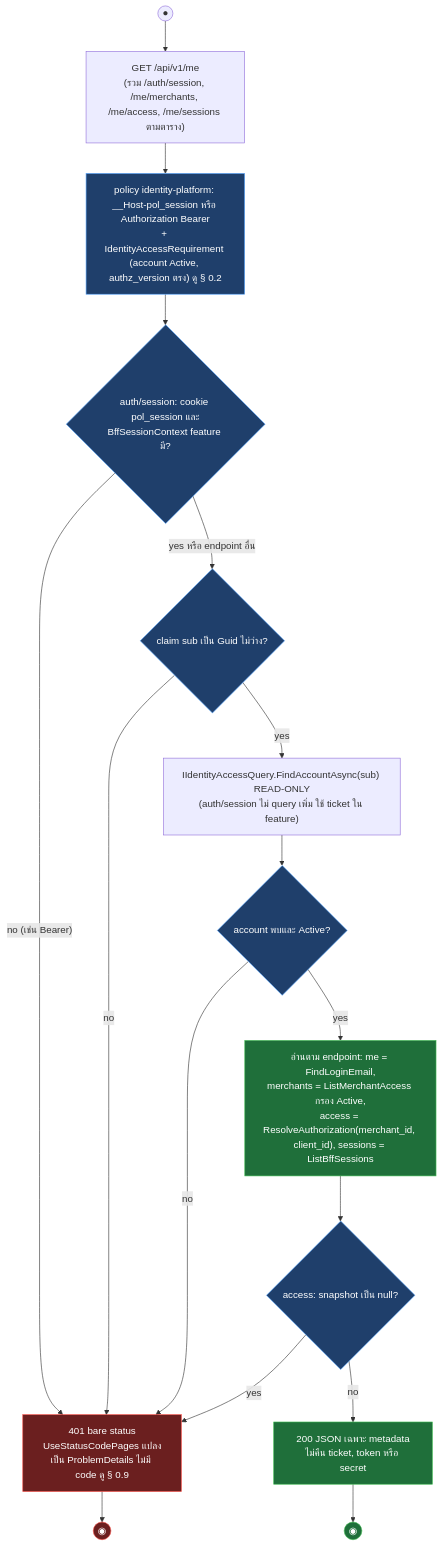
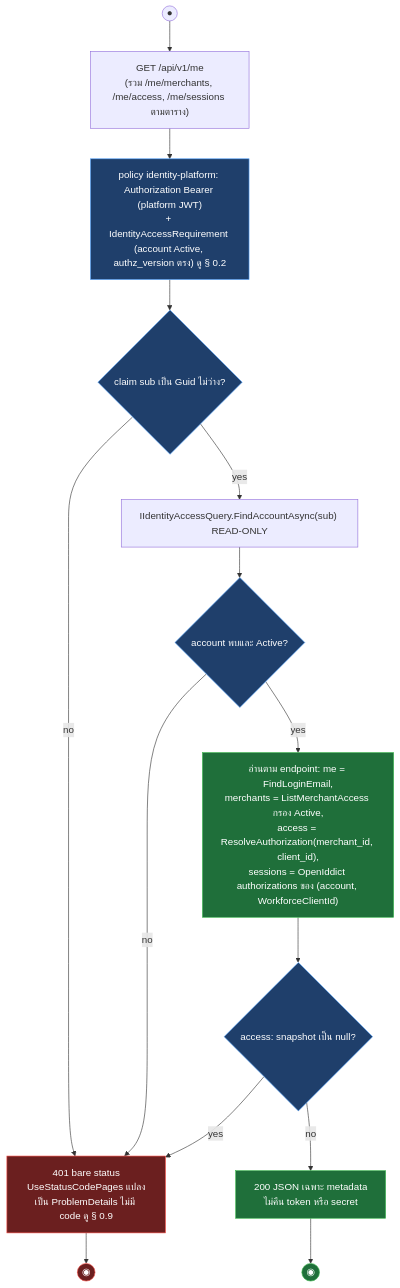
The fifth of 8 diagrams in outputs/diagrams/2026-09-14_api-endpoints_v1/01-identity-bff-oauth.activities.md (metrodiesign/pol-core), drawn with Mermaid before and after one commit. The commit also changed other lines of this file and 42 other files, not shown here.

First line of the commit message:
docs: align reference docs and the API diagram set with the Bearer-only admin plane

````diff
--- a/outputs/diagrams/2026-09-14_api-endpoints_v1/01-identity-bff-oauth.activities.md
+++ b/outputs/diagrams/2026-09-14_api-endpoints_v1/01-identity-bff-oauth.activities.md
@@ -195,25 +193,23 @@
 ```mermaid
 flowchart TD
-    START((●)) --> REQ["GET /api/v1/me<br/>(รวม /auth/session, /me/merchants, /me/access, /me/sessions ตามตาราง)"]
-    REQ --> AUTHZ["policy identity-platform: __Host-pol_session หรือ Authorization Bearer<br/>+ IdentityAccessRequirement (account Active, authz_version ตรง) ดู § 0.2"]
-    AUTHZ --> SESSION{"auth/session: cookie pol_session และ<br/>BffSessionContext feature มี?"}
-    SESSION -->|"no (เช่น Bearer)"| R401["401 bare status<br/>UseStatusCodePages แปลงเป็น ProblemDetails ไม่มี code ดู § 0.9"]
-    SESSION -->|"yes หรือ endpoint อื่น"| SUB{"claim sub เป็น Guid ไม่ว่าง?"}
-    SUB -->|no| R401
-    SUB -->|yes| ACC["IIdentityAccessQuery.FindAccountAsync(sub) READ-ONLY<br/>(auth/session ไม่ query เพิ่ม ใช้ ticket ใน feature)"]
+    START((●)) --> REQ["GET /api/v1/me<br/>(รวม /me/merchants, /me/access, /me/sessions ตามตาราง)"]
+    REQ --> AUTHZ["policy identity-platform: Authorization Bearer (platform JWT)<br/>+ IdentityAccessRequirement (account Active, authz_version ตรง) ดู § 0.2"]
+    AUTHZ --> SUB{"claim sub เป็น Guid ไม่ว่าง?"}
+    SUB -->|no| R401["401 bare status<br/>UseStatusCodePages แปลงเป็น ProblemDetails ไม่มี code ดู § 0.9"]
+    SUB -->|yes| ACC["IIdentityAccessQuery.FindAccountAsync(sub) READ-ONLY"]
     ACC --> ACTIVE{"account พบและ Active?"}
     ACTIVE -->|no| R401
-    ACTIVE -->|yes| READ["อ่านตาม endpoint: me = FindLoginEmail,<br/>merchants = ListMerchantAccess กรอง Active,<br/>access = ResolveAuthorization(merchant_id, client_id), sessions = ListBffSessions"]
+    ACTIVE -->|yes| READ["อ่านตาม endpoint: me = FindLoginEmail,<br/>merchants = ListMerchantAccess กรอง Active,<br/>access = ResolveAuthorization(merchant_id, client_id),<br/>sessions = OpenIddict authorizations ของ (account, WorkforceClientId)"]
     READ --> SNAP{"access: snapshot เป็น null?"}
     SNAP -->|yes| R401
-    SNAP -->|no| R200["200 JSON เฉพาะ metadata<br/>ไม่คืน ticket, token หรือ secret"]
+    SNAP -->|no| R200["200 JSON เฉพาะ metadata<br/>ไม่คืน token หรือ secret"]
     R200 --> END_S((◉))
     R401 --> END_F((◉))
 
     classDef ok fill:#1f6f3a,stroke:#3fb950,color:#fff
     classDef fail fill:#6b1f1f,stroke:#f85149,color:#fff
     classDef gate fill:#1f3f6b,stroke:#58a6ff,color:#fff
     class READ,R200,END_S ok
     class R401,END_F fail
-    class AUTHZ,SESSION,SUB,ACTIVE,SNAP gate
+    class AUTHZ,SUB,ACTIVE,SNAP gate
 ```
````
